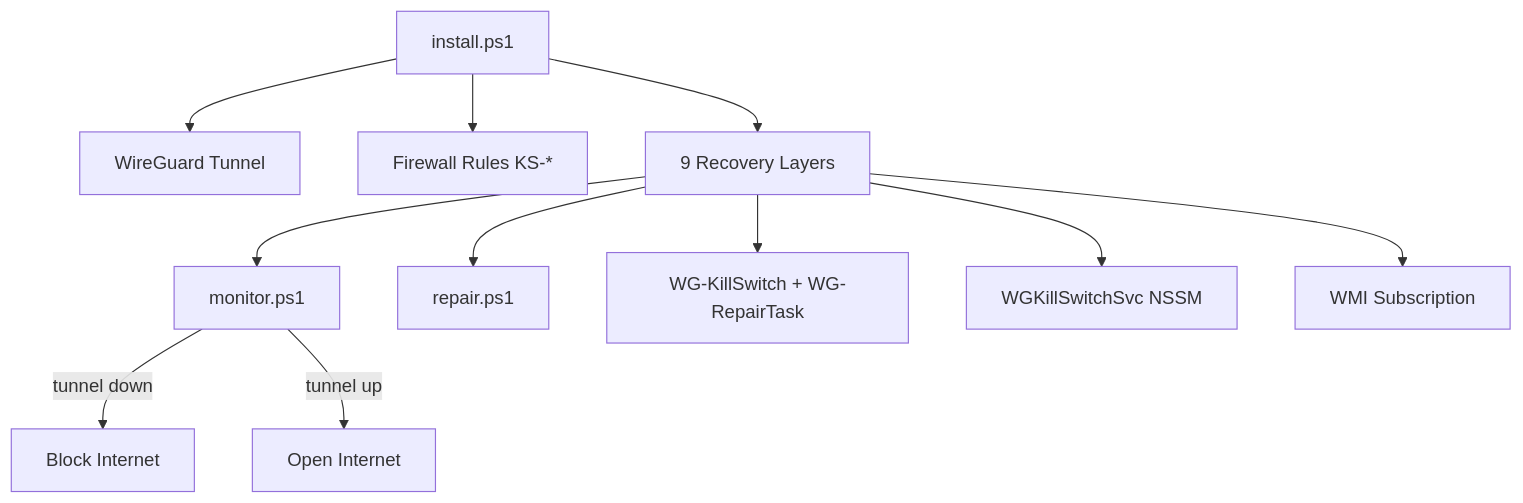
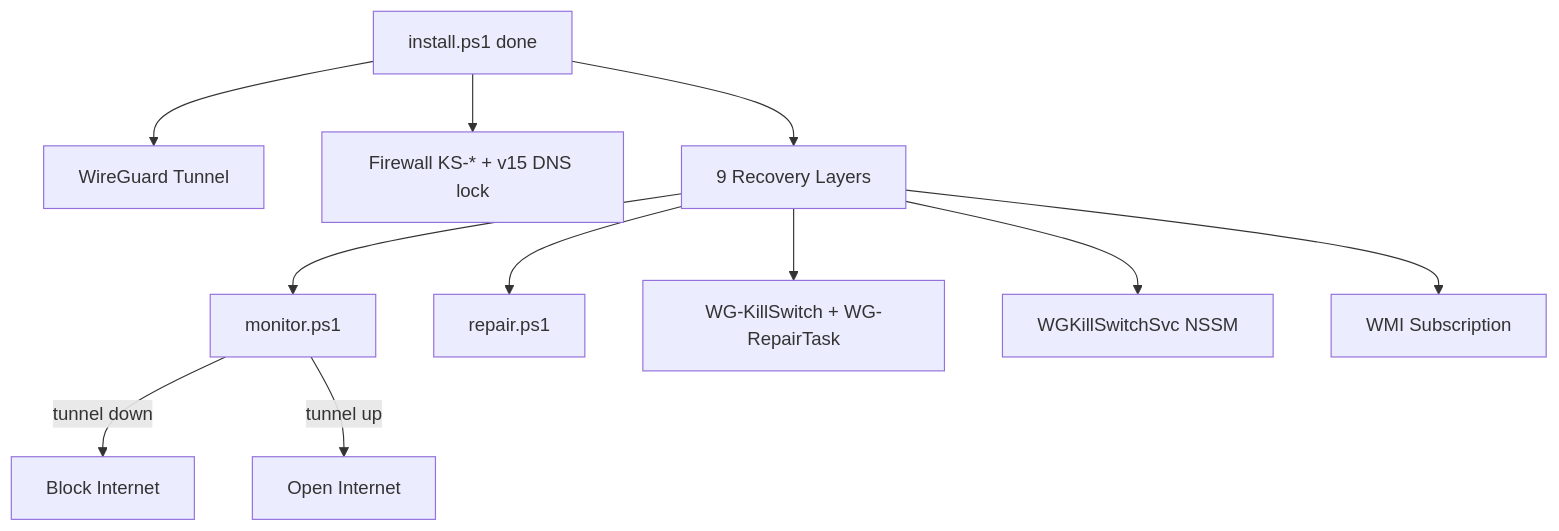
The second of 2 diagrams in README.md (ryderlacin-pixel/Windows-WireGuard-KillSwitch), drawn with Mermaid before and after one commit. The commit also changed other lines of this file and 9 other files, not shown here.

````diff
--- a/README.md
+++ b/README.md
@@ -34,13 +51,13 @@
 ```mermaid
 flowchart TB
-  install["install.ps1"] --> tunnel["WireGuard Tunnel"]
-  install --> firewall["Firewall Rules KS-*"]
+  install["install.ps1 done"] --> tunnel["WireGuard Tunnel"]
+  install --> firewall["Firewall KS-* + v15 DNS lock"]
   install --> layers["9 Recovery Layers"]
   layers --> monitor["monitor.ps1"]
   layers --> repair["repair.ps1"]
   layers --> tasks["WG-KillSwitch + WG-RepairTask"]
   layers --> svc["WGKillSwitchSvc NSSM"]
   layers --> wmi["WMI Subscription"]
   monitor -->|"tunnel down"| block["Block Internet"]
   monitor -->|"tunnel up"| open["Open Internet"]
 ```
````
